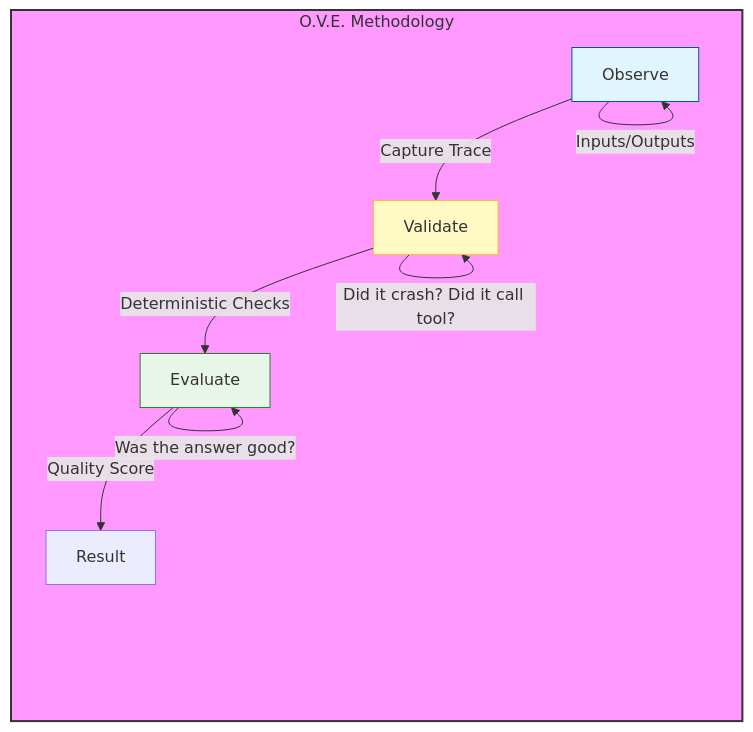
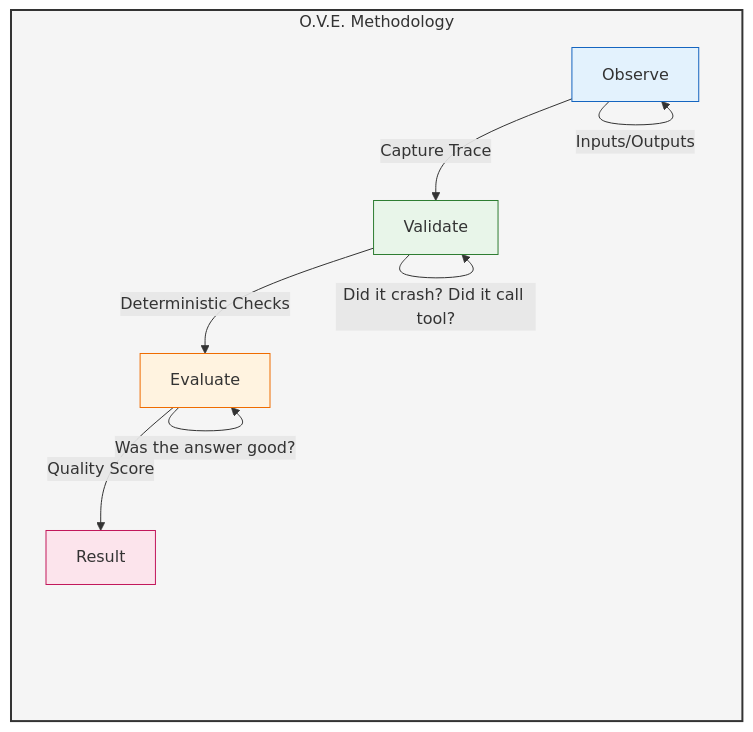
The diagram in lesson-1-fundamentals/tutorial-1/concepts/testing-agents.md (EideticPleroma/tutorials), drawn with Mermaid before and after one commit.

Commit message:
docs(lesson-1-fundamentals/tutorial-1): update O.V.E. diagram styles for improved clarity
- Adjusted colors and styles in the O.V.E. diagram to enhance visual contrast and readability.
- Updated node styles to align with the overall design improvements made in recent documentation updates.

````diff
--- a/lesson-1-fundamentals/tutorial-1/concepts/testing-agents.md
+++ b/lesson-1-fundamentals/tutorial-1/concepts/testing-agents.md
@@ -16,18 +16,19 @@
 ```mermaid
 flowchart TD
     subgraph OVE [O.V.E. Methodology]
         direction TB
         A[Observe] -->|Capture Trace| B[Validate]
         B -->|Deterministic Checks| C[Evaluate]
         C -->|Quality Score| D[Result]
     end
 
     A -- Inputs/Outputs --> A
     B -- "Did it crash? Did it call tool?" --> B
     C -- "Was the answer good?" --> C
     
-    style OVE fill:#f9f,stroke:#333,stroke-width:2px
-    style A fill:#e1f5fe,stroke:#01579b
-    style B fill:#fff9c4,stroke:#fbc02d
-    style C fill:#e8f5e9,stroke:#2e7d32
+    style OVE fill:#f5f5f5,stroke:#333,stroke-width:2px
+    style A fill:#e3f2fd,stroke:#1565c0
+    style B fill:#e8f5e9,stroke:#2e7d32
+    style C fill:#fff3e0,stroke:#ef6c00
+    style D fill:#fce4ec,stroke:#c2185b
 ```
````
